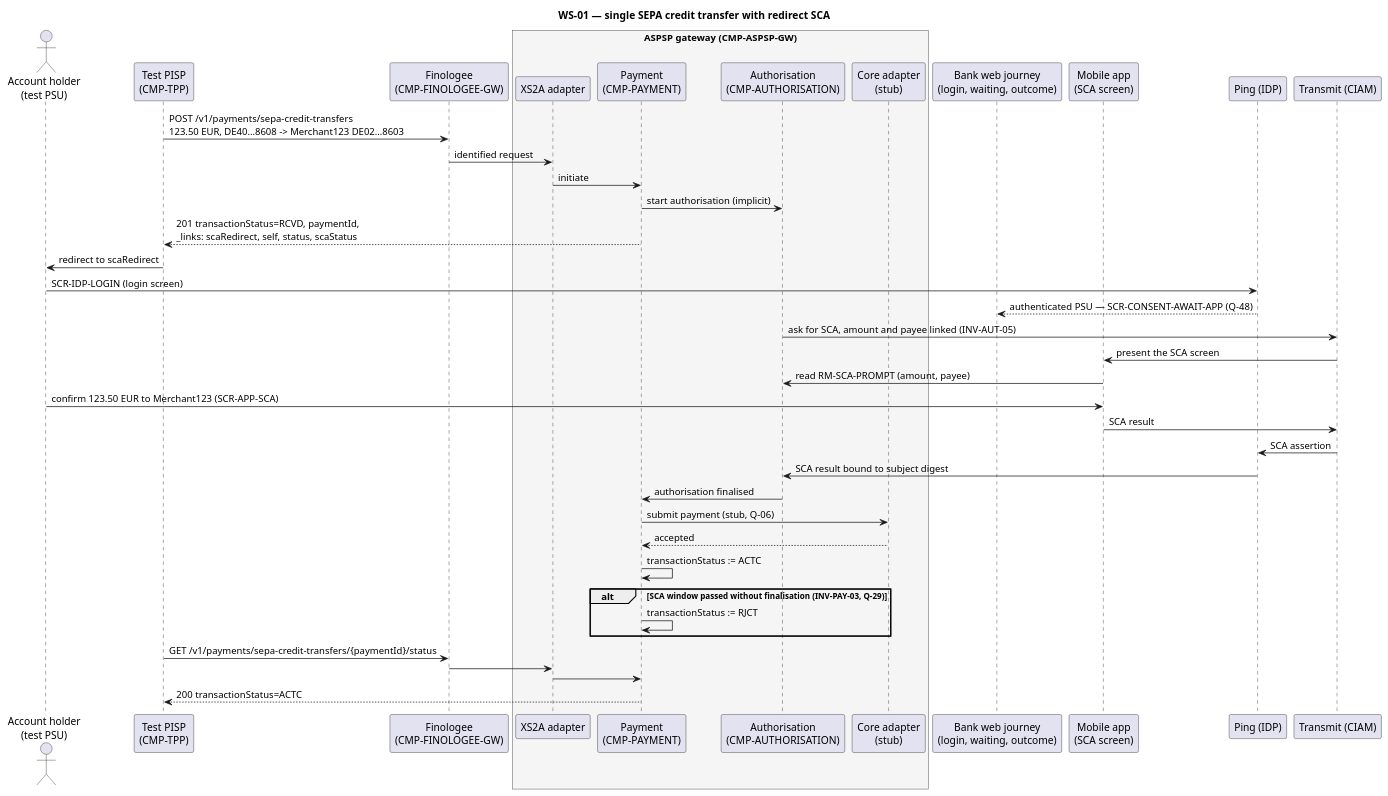
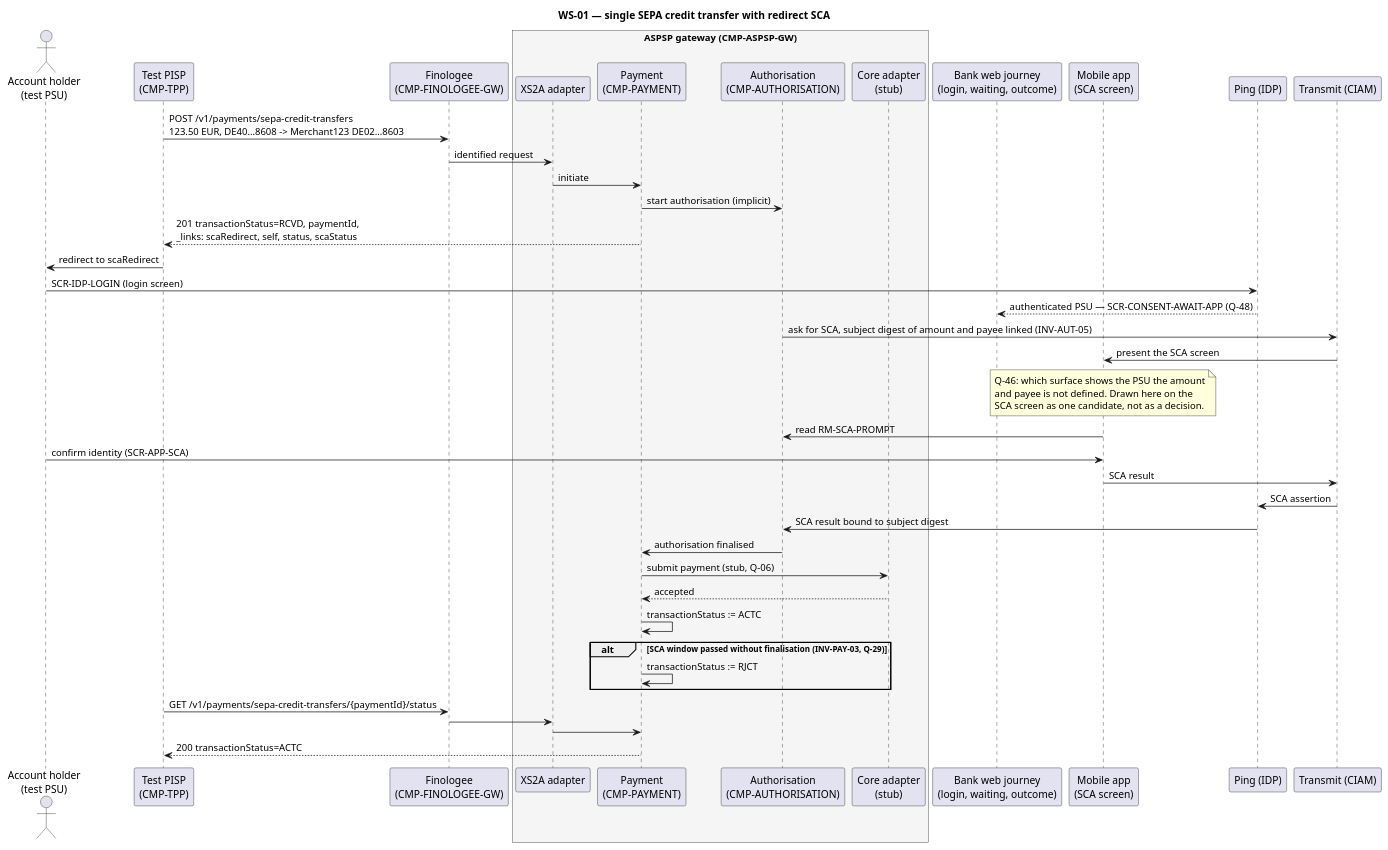
The diagram in docs/system/uml/sequence/ws-01-pis-sct-redirect.puml (vondacho/psd2-sandbox), drawn with PlantUML before and after one commit. The commit also changed 38 other files, not shown here.

```diff
--- a/docs/system/uml/sequence/ws-01-pis-sct-redirect.puml
+++ b/docs/system/uml/sequence/ws-01-pis-sct-redirect.puml
@@ -1,53 +1,58 @@
 @startuml ws-01-pis-sct-redirect
-' WS-01 walking-skeleton path, PIS part; reused unchanged by MVP-01. PROPOSAL, AI, 2026-09-19.
+' WS-01 walking-skeleton path, PIS part; reused unchanged by MVP-01. PROPOSAL, AI.
 ' Stories: STORY-PIS-INITIATE-SCT, STORY-PIS-SCA-REDIRECT-APP, STORY-PIS-STATUS.
 ' Redirect, implicit start (SRC-IG §5.1.3). VoP not shown (Q-16).
-' Iteration 4 (SRC-ADR 7ed3eb1): the payment is approved on the SCA screen in the bank app, where
-' amount and payee are shown (dynamic linking). The browser carries the login screen and the
-' waiting / outcome pages only (Q-46, Q-48 — proposals awaiting confirmation).
+' SRC-ADR names no surface that shows the PSU the amount and payee before confirming, which
+' dynamic linking requires. This diagram draws them on the SCA screen as ONE candidate answer to
+' Q-46, marked as such; the browser leg is Q-48. Neither is settled.
 title WS-01 — single SEPA credit transfer with redirect SCA
 
 actor "Account holder\n(test PSU)" as PSU
 participant "Test PISP\n(CMP-TPP)" as TPP
 participant "Finologee\n(CMP-FINOLOGEE-GW)" as FIN
 box "ASPSP gateway (CMP-ASPSP-GW)" #F5F5F5
   participant "XS2A adapter" as ADP
   participant "Payment\n(CMP-PAYMENT)" as PAY
   participant "Authorisation\n(CMP-AUTHORISATION)" as AUT
   participant "Core adapter\n(stub)" as CORE
 end box
 participant "Bank web journey\n(login, waiting, outcome)" as CS
 participant "Mobile app\n(SCA screen)" as APP
 participant "Ping (IDP)" as PING
 participant "Transmit (CIAM)" as CIAM
 
 TPP -> FIN : POST /v1/payments/sepa-credit-transfers\n123.50 EUR, DE40…8608 -> Merchant123 DE02…8603
 FIN -> ADP : identified request
 ADP -> PAY : initiate
 PAY -> AUT : start authorisation (implicit)
 PAY --> TPP : 201 transactionStatus=RCVD, paymentId,\n_links: scaRedirect, self, status, scaStatus
 
 TPP -> PSU : redirect to scaRedirect
 PSU -> PING : SCR-IDP-LOGIN (login screen)
 PING --> CS : authenticated PSU — SCR-CONSENT-AWAIT-APP (Q-48)
-AUT -> CIAM : ask for SCA, amount and payee linked (INV-AUT-05)
+AUT -> CIAM : ask for SCA, subject digest of amount and payee linked (INV-AUT-05)
 CIAM -> APP : present the SCA screen
-APP -> AUT : read RM-SCA-PROMPT (amount, payee)
-PSU -> APP : confirm 123.50 EUR to Merchant123 (SCR-APP-SCA)
+note over APP
+  Q-46: which surface shows the PSU the amount
+  and payee is not defined. Drawn here on the
+  SCA screen as one candidate, not as a decision.
+end note
+APP -> AUT : read RM-SCA-PROMPT
+PSU -> APP : confirm identity (SCR-APP-SCA)
 APP -> CIAM : SCA result
 CIAM -> PING : SCA assertion
 PING -> AUT : SCA result bound to subject digest
 AUT -> PAY : authorisation finalised
 PAY -> CORE : submit payment (stub, Q-06)
 CORE --> PAY : accepted
 PAY -> PAY : transactionStatus := ACTC
 
 alt SCA window passed without finalisation (INV-PAY-03, Q-29)
   PAY -> PAY : transactionStatus := RJCT
 end
 
 TPP -> FIN : GET /v1/payments/sepa-credit-transfers/{paymentId}/status
 FIN -> ADP
 ADP -> PAY
 PAY --> TPP : 200 transactionStatus=ACTC
 @enduml
```
